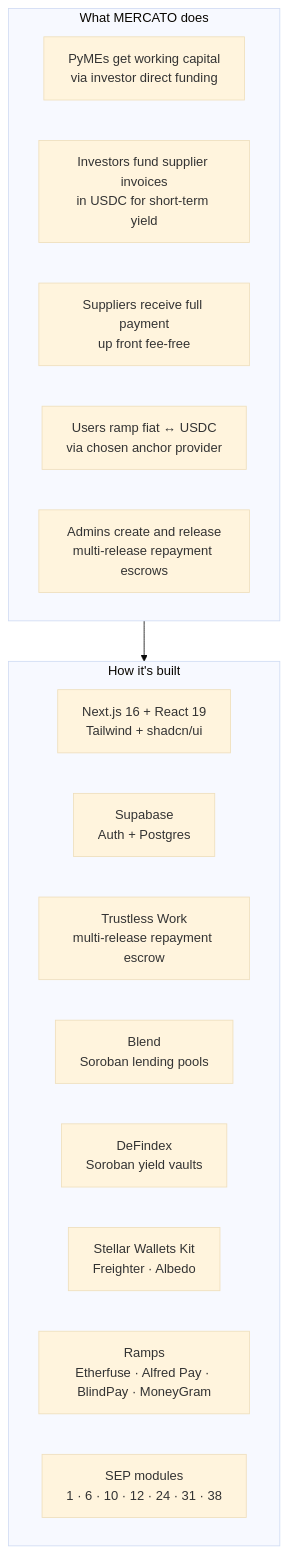
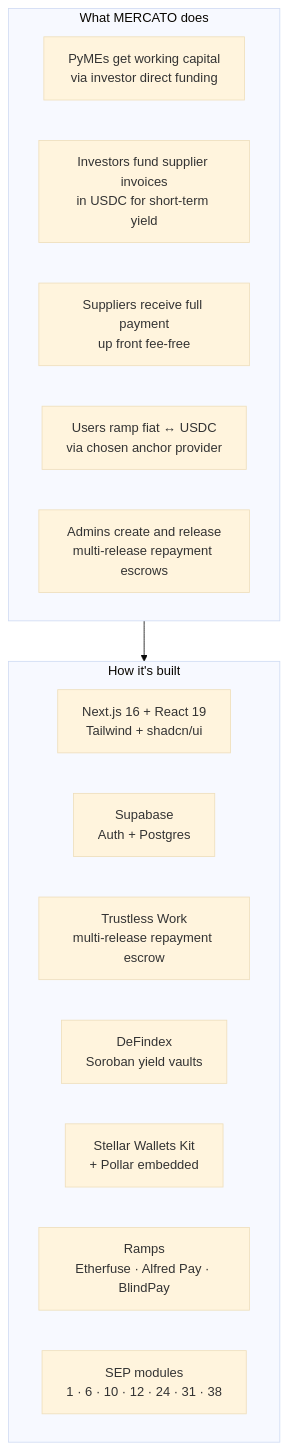
Diagram 14 of 14 in doc/architecture.md (mercato-supply-chain/mercato-dapp), drawn with Mermaid (base theme) before and after one commit. The commit also changed other lines of this file and 6 other files, not shown here.

First line of the commit message:
docs: add AGENTS.md and align docs with current app flow

````diff
--- a/doc/architecture.md
+++ b/doc/architecture.md
@@ -727,23 +827,22 @@
 ```mermaid
 flowchart TB
   subgraph What["What MERCATO does"]
     D1["PyMEs get working capital\nvia investor direct funding"]
     D2["Investors fund supplier invoices\nin USDC for short-term yield"]
     D3["Suppliers receive full payment\nup front fee-free"]
     D4["Users ramp fiat ↔ USDC\nvia chosen anchor provider"]
     D5["Admins create and release\nmulti-release repayment escrows"]
   end
 
   subgraph How["How it's built"]
     T1["Next.js 16 + React 19\nTailwind + shadcn/ui"]
     T2["Supabase\nAuth + Postgres"]
     T3["Trustless Work\nmulti-release repayment escrow"]
-    T3b["Blend\nSoroban lending pools"]
     T3c["DeFindex\nSoroban yield vaults"]
-    T4["Stellar Wallets Kit\nFreighter · Albedo"]
-    T5["Ramps\nEtherfuse · Alfred Pay · BlindPay · MoneyGram"]
+    T4["Stellar Wallets Kit\n+ Pollar embedded"]
+    T5["Ramps\nEtherfuse · Alfred Pay · BlindPay"]
     T6["SEP modules\n1 · 6 · 10 · 12 · 24 · 31 · 38"]
   end
 
   What --> How
 ```
````
